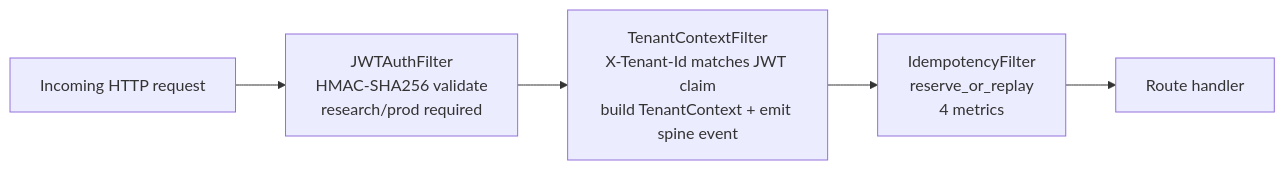
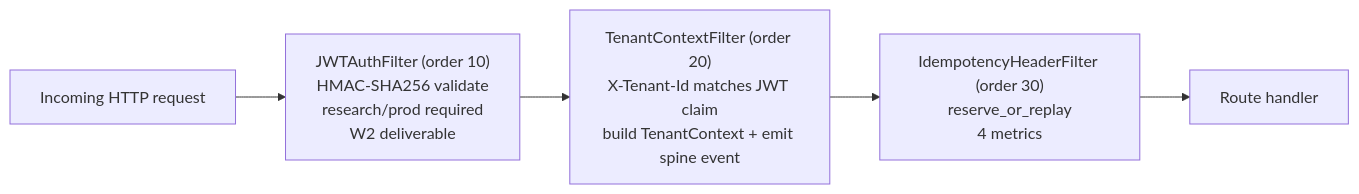
The diagram in agent-platform/api/ARCHITECTURE.md (chaosxingxc-orion/spring-ai-fin), drawn with Mermaid before and after one commit. The commit also changed other lines of this file and 11 other files, not shown here.

````diff
--- a/agent-platform/api/ARCHITECTURE.md
+++ b/agent-platform/api/ARCHITECTURE.md
@@ -68,13 +68,13 @@
 ```mermaid
 flowchart LR
     REQ[Incoming HTTP request]
-    JWT[JWTAuthFilter<br/>HMAC-SHA256 validate<br/>research/prod required]
-    TEN[TenantContextFilter<br/>X-Tenant-Id matches JWT claim<br/>build TenantContext + emit spine event]
-    IDM[IdempotencyFilter<br/>reserve_or_replay<br/>4 metrics]
+    JWT["JWTAuthFilter (order 10)<br/>HMAC-SHA256 validate<br/>research/prod required<br/>W2 deliverable"]
+    TEN["TenantContextFilter (order 20)<br/>X-Tenant-Id matches JWT claim<br/>build TenantContext + emit spine event"]
+    IDM["IdempotencyHeaderFilter (order 30)<br/>reserve_or_replay<br/>4 metrics"]
     HND[Route handler]
     
     REQ --> JWT
     JWT --> TEN
     TEN --> IDM
     IDM --> HND
 ```
````
